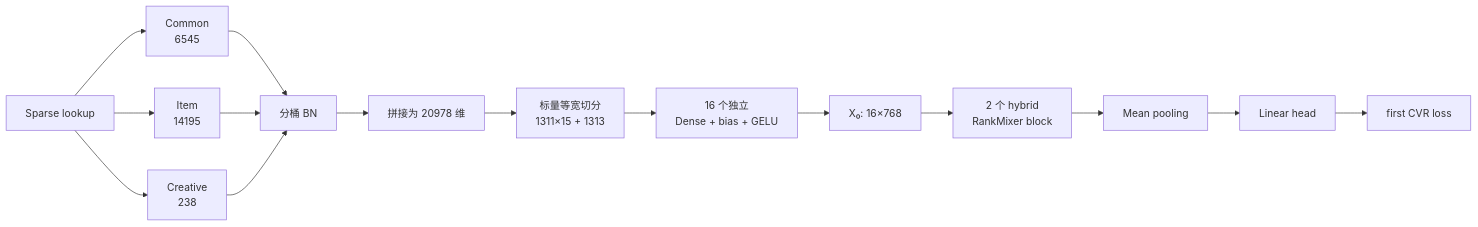
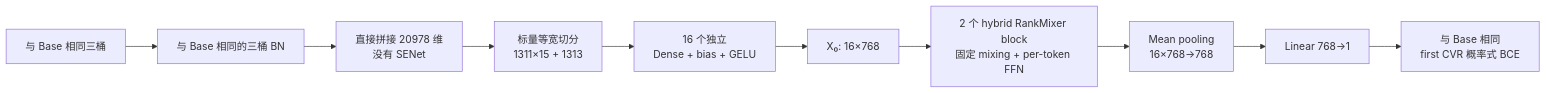
Before and after one commit to Bolt00Y/RAS: the second of 9 diagrams in rankmixer/CVR_RankMixer_全量改进方案_按模块分类.md, drawn with Mermaid. The commit also changed other lines of this file and 4 other files, not shown here.

Commit message:
Correct RankMixer base comparison

```diff
--- a/rankmixer/CVR_RankMixer_全量改进方案_按模块分类.md
+++ b/rankmixer/CVR_RankMixer_全量改进方案_按模块分类.md
@@ -57,17 +260,12 @@
 ~~~mermaid
 flowchart LR
-    A["Sparse lookup"] --> U["Common<br/>6545"]
-    A --> I["Item<br/>14195"]
-    A --> C["Creative<br/>238"]
-    U --> BN["分桶 BN"]
-    I --> BN
-    C --> BN
-    BN --> V["拼接为 20978 维"]
+    A["与 Base 相同三桶"] --> BN["与 Base 相同的三桶 BN"]
+    BN --> V["直接拼接 20978 维<br/>没有 SENet"]
     V --> S["标量等宽切分<br/>1311×15 + 1313"]
     S --> P["16 个独立<br/>Dense + bias + GELU"]
     P --> X["X₀: 16×768"]
-    X --> R["2 个 hybrid<br/>RankMixer block"]
-    R --> M["Mean pooling"]
-    M --> H["Linear head"]
-    H --> L["first CVR loss"]
+    X --> R["2 个 hybrid RankMixer block<br/>固定 mixing + per-token FFN"]
+    R --> M["Mean pooling<br/>16×768→768"]
+    M --> H["Linear 768→1"]
+    H --> L["与 Base 相同<br/>first CVR 概率式 BCE"]
 ~~~
```
